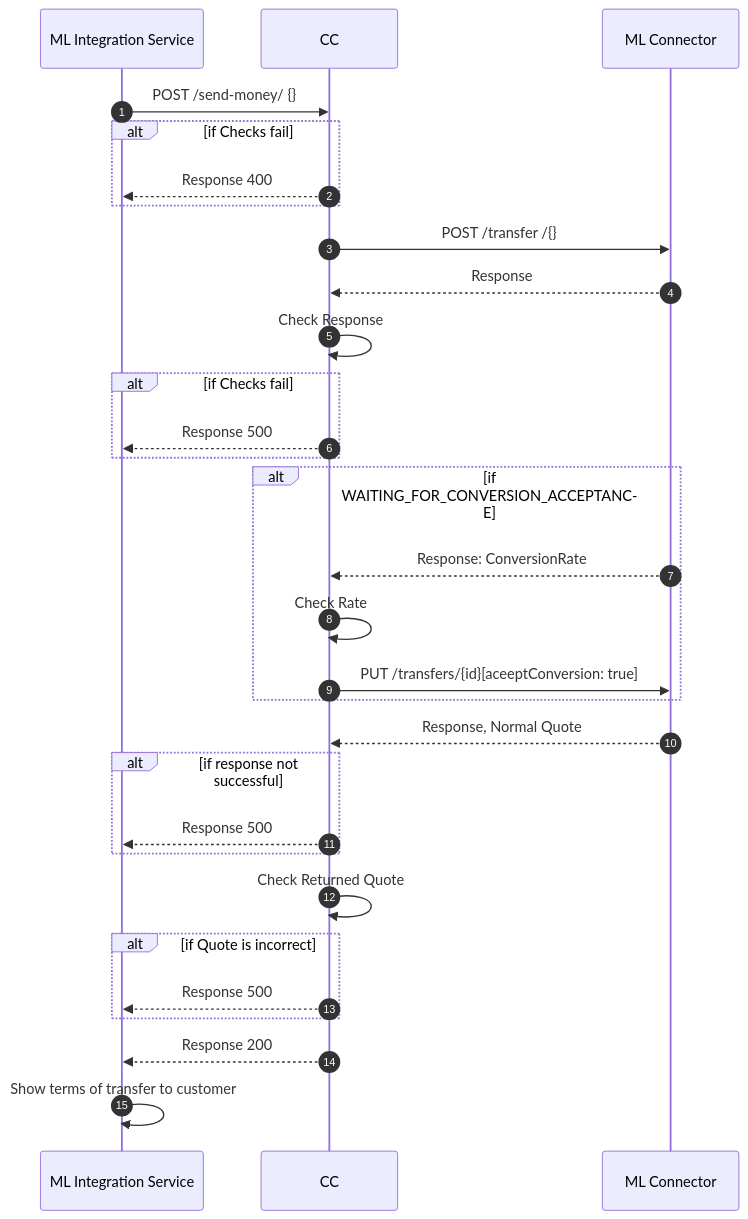
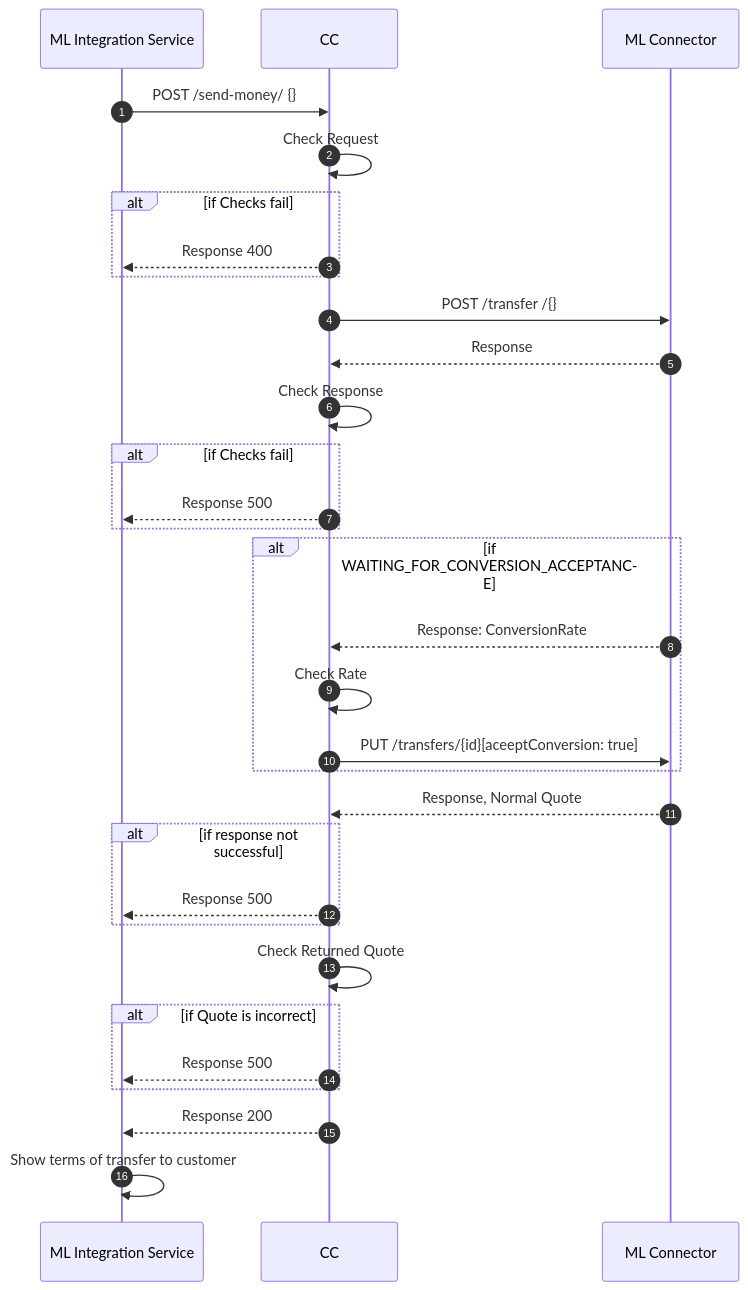
Before and after one commit to elijah0kello/airtel-core-connector: the diagram in docs/payer-send-money.md, drawn with Mermaid.

````diff
--- a/docs/payer-send-money.md
+++ b/docs/payer-send-money.md
@@ -1,30 +1,31 @@
 ```mermaid
 sequenceDiagram
   autoNumber
   ML Integration Service->>CC: POST /send-money/ {}
+  CC->>CC: Check Request
   Alt if Checks fail
   CC-->>ML Integration Service: Response 400
   End
   CC->>ML Connector: POST /transfer /{}
   ML Connector-->>CC: Response
   CC->> CC: Check Response
   Alt if Checks fail
   CC-->>ML Integration Service: Response 500
   End
 
   Alt if WAITING_FOR_CONVERSION_ACCEPTANCE
   ML Connector-->>CC: Response: ConversionRate
   CC->>CC: Check Rate
   CC->>ML Connector: PUT /transfers/{id}[aceeptConversion: true]
   End
   ML Connector-->>CC:Response, Normal Quote
   Alt if response not successful
   CC-->>ML Integration Service: Response 500
   End
   CC->>CC: Check Returned Quote
   Alt if Quote is incorrect
   CC-->>ML Integration Service: Response 500
   End
   CC-->>ML Integration Service: Response 200
   ML Integration Service->>ML Integration Service:Show terms of transfer to customer
 ```
````
